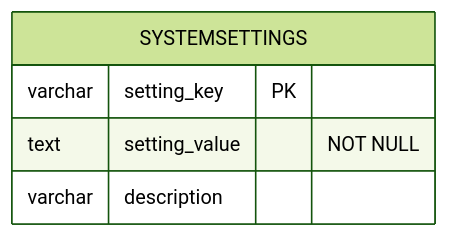
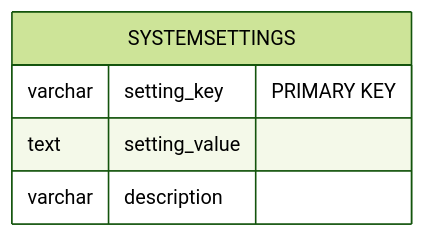
Diagram 11 of 11 in sources/storage/business-analysis/membership-hub/requirements.md (hainguyen81/ai-scraper), drawn with Mermaid (forest theme) before and after one commit. The commit also changed other lines of this file and 3 other files, not shown here.

````diff
--- a/sources/storage/business-analysis/membership-hub/requirements.md
+++ b/sources/storage/business-analysis/membership-hub/requirements.md
@@ -622,8 +426,8 @@
 ```mermaid
 erDiagram
     SYSTEMSETTINGS {
-        varchar setting_key PK
-        text setting_value "NOT NULL"
+        varchar setting_key "PRIMARY KEY"
+        text setting_value
         varchar description
     }
 ```
````
